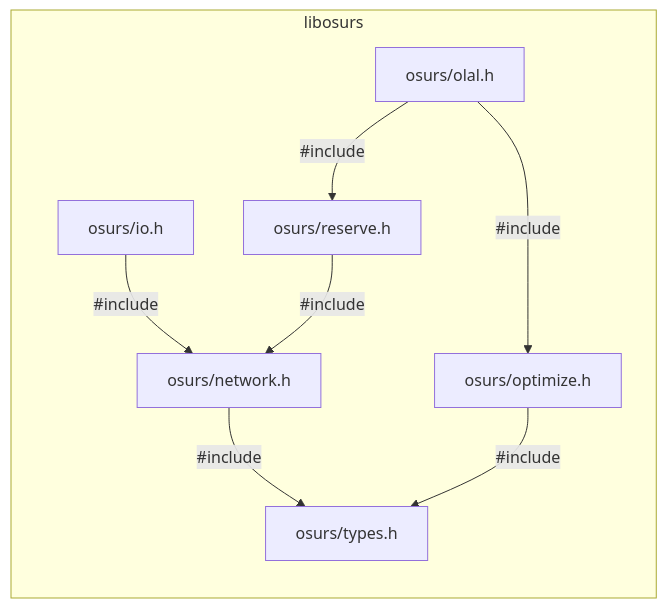
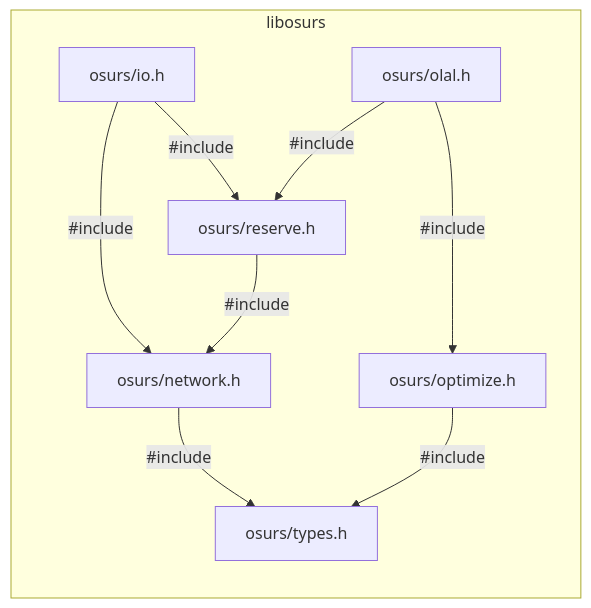
The first of 5 diagrams in README.md (maptic/osurs), drawn with Mermaid before and after one commit. The commit also changed 23 other files, not shown here.

````diff
--- a/README.md
+++ b/README.md
@@ -19,11 +19,12 @@
 ```mermaid
 graph RL;
   subgraph libosurs;
     osurs/network.h-->|#include|osurs/types.h;
     osurs/io.h-->|#include|osurs/network.h
     osurs/reserve.h-->|#include|osurs/network.h;
+    osurs/io.h-->|#include|osurs/reserve.h
     osurs/optimize.h-->|#include|osurs/types.h;
     osurs/olal.h-->|#include|osurs/reserve.h;
     osurs/olal.h-->|#include|osurs/optimize.h;
   end;
 ```
````
